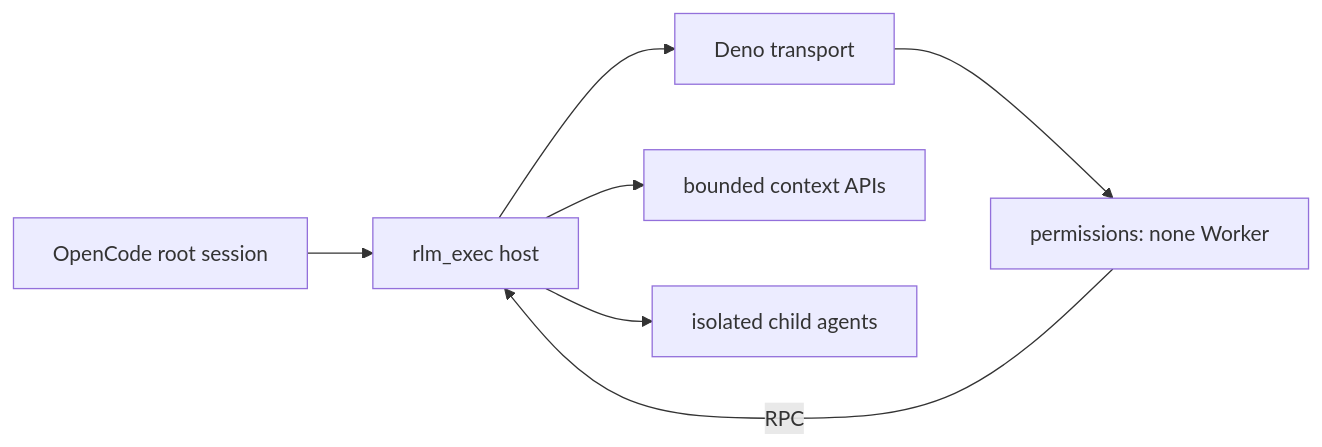
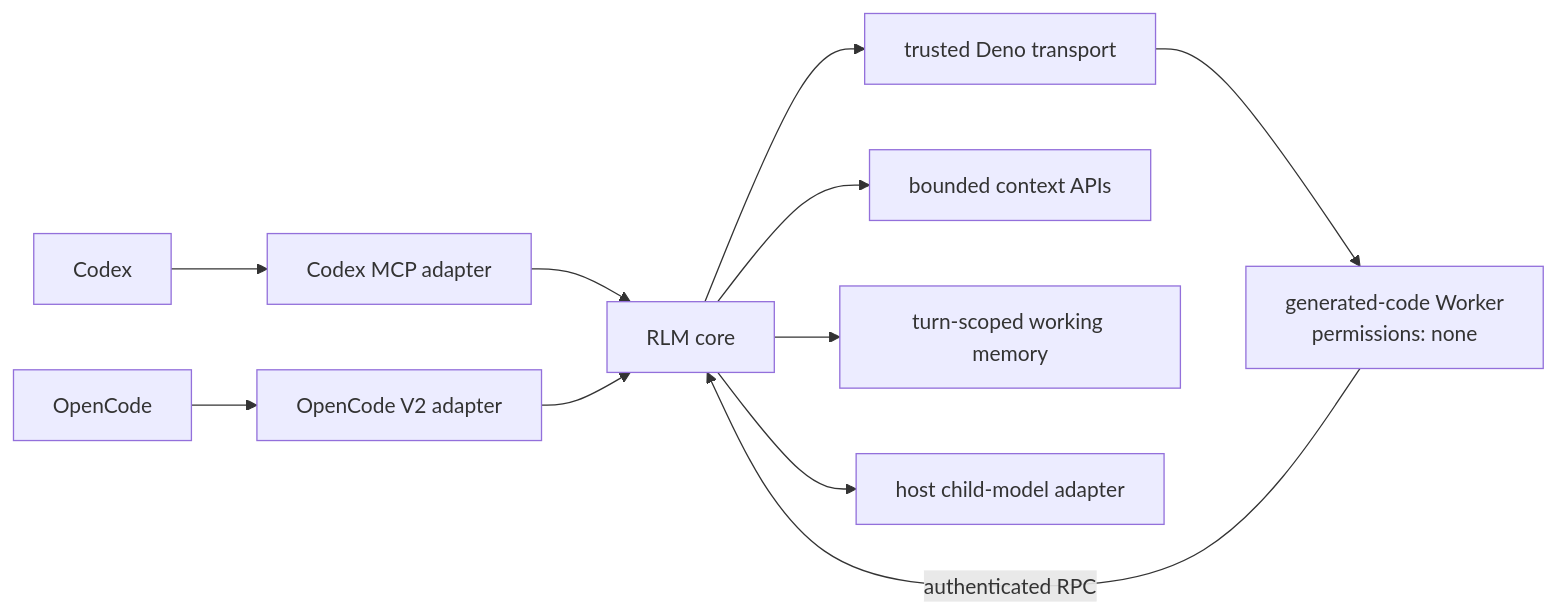
The diagram in README.md (arttvad9r/RLM), drawn with Mermaid before and after one commit. The commit also changed other lines of this file and 119 other files, not shown here.

Commit message:
feat: add host-neutral RLM orchestration runtime

````diff
--- a/README.md
+++ b/README.md
@@ -13,9 +18,13 @@
 ```mermaid
 flowchart LR
-    O[OpenCode root session] --> H[rlm_exec host]
-    H --> D[Deno transport]
-    D --> W[permissions: none Worker]
-    W -->|RPC| H
-    H --> C[bounded context APIs]
-    H --> A[isolated child agents]
+    C[Codex] --> CA[Codex MCP adapter]
+    O[OpenCode] --> OA[OpenCode V2 adapter]
+    CA --> R[RLM core]
+    OA --> R
+    R --> D[trusted Deno transport]
+    D --> W[generated-code Worker<br/>permissions: none]
+    W -->|authenticated RPC| R
+    R --> X[bounded context APIs]
+    R --> M[turn-scoped working memory]
+    R --> L[host child-model adapter]
 ```
````
